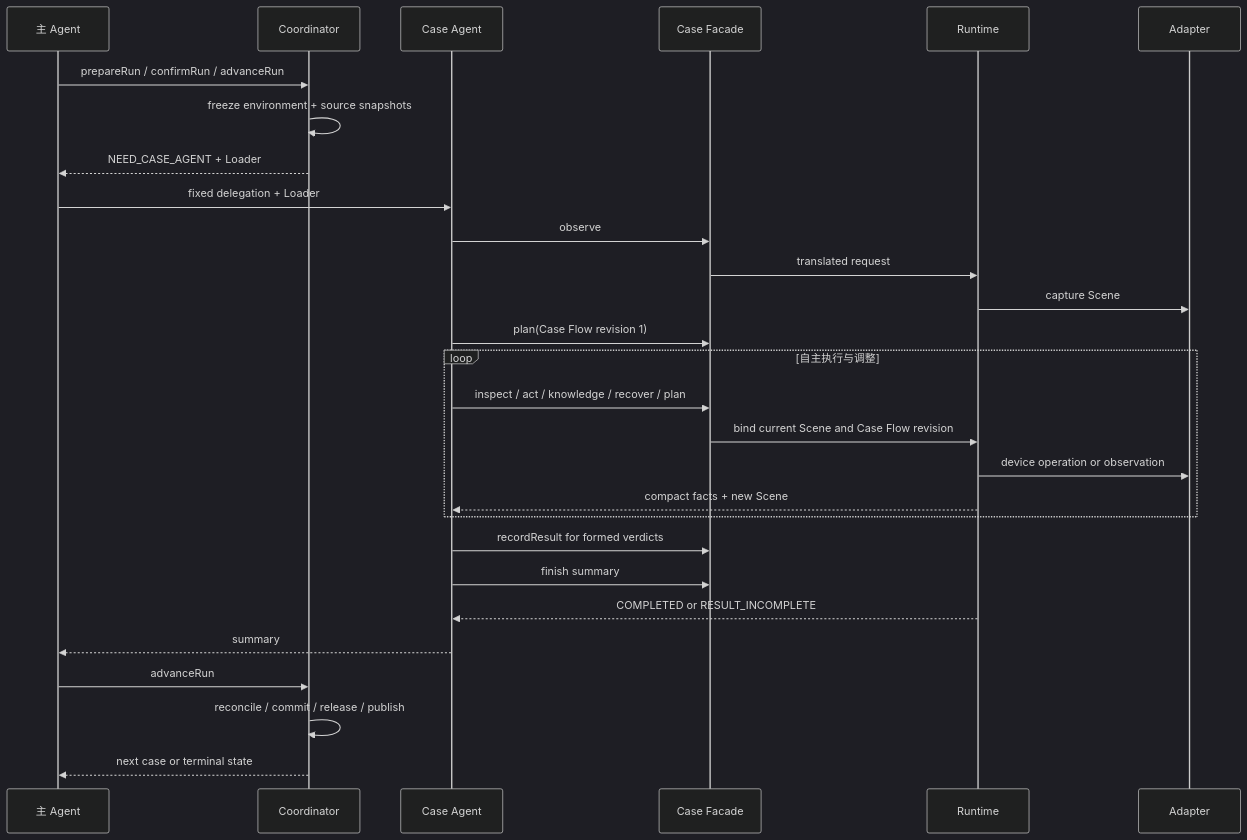
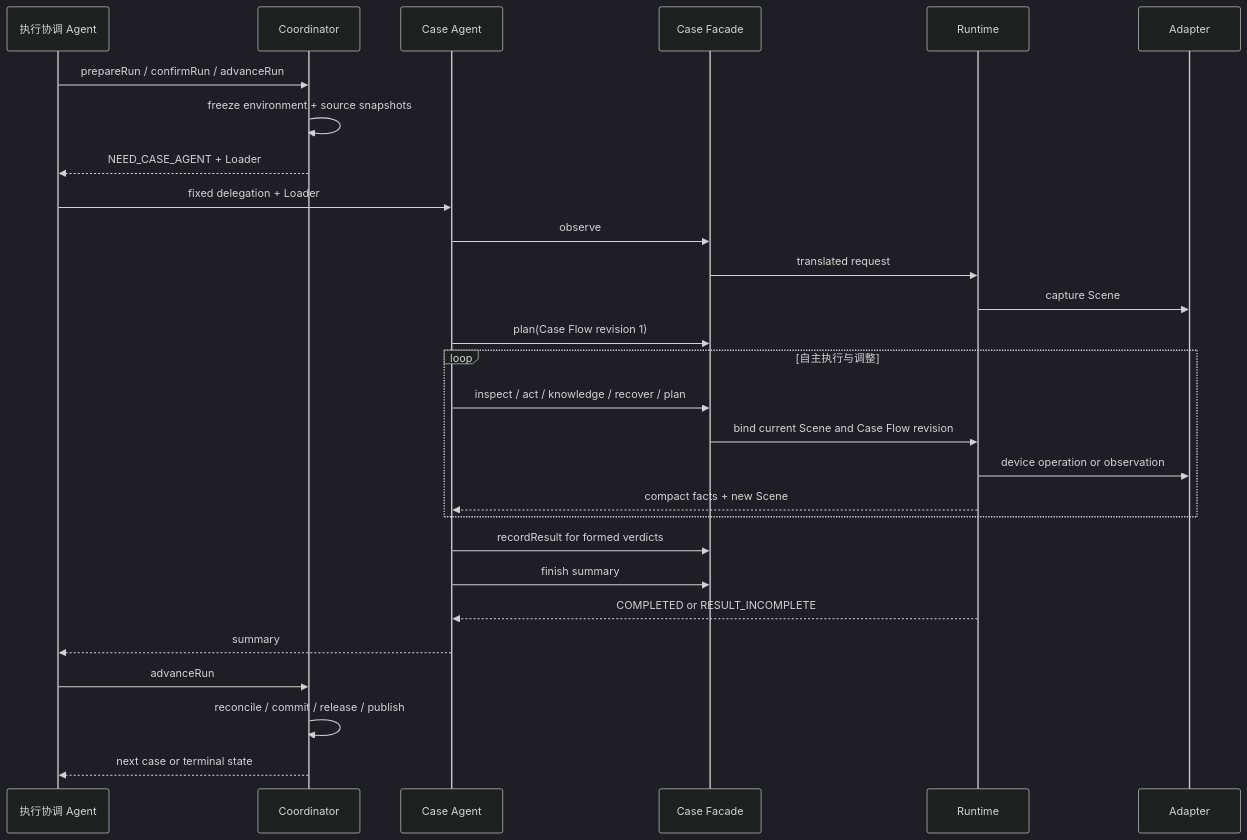
Before and after one commit to lianghuihui-plus/DevKit: the second of 2 diagrams in skills/mobile-ai-visual-test/docs/architecture.md, drawn with Mermaid (dark theme). The commit also changed other lines of this file and 22 other files, not shown here.

````diff
--- a/skills/mobile-ai-visual-test/docs/architecture.md
+++ b/skills/mobile-ai-visual-test/docs/architecture.md
@@ -77,31 +86,31 @@
 ```mermaid
 sequenceDiagram
-  participant M as 主 Agent
+  participant M as 执行协调 Agent
   participant C as Coordinator
   participant A as Case Agent
   participant F as Case Facade
   participant R as Runtime
   participant D as Adapter
 
   M->>C: prepareRun / confirmRun / advanceRun
   C->>C: freeze environment + source snapshots
   C-->>M: NEED_CASE_AGENT + Loader
   M->>A: fixed delegation + Loader
   A->>F: observe
   F->>R: translated request
   R->>D: capture Scene
   A->>F: plan(Case Flow revision 1)
   loop 自主执行与调整
     A->>F: inspect / act / knowledge / recover / plan
     F->>R: bind current Scene and Case Flow revision
     R->>D: device operation or observation
     R-->>A: compact facts + new Scene
   end
   A->>F: recordResult for formed verdicts
   A->>F: finish summary
   R-->>A: COMPLETED or RESULT_INCOMPLETE
   A-->>M: summary
   M->>C: advanceRun
   C->>C: reconcile / commit / release / publish
   C-->>M: next case or terminal state
 ```
````
